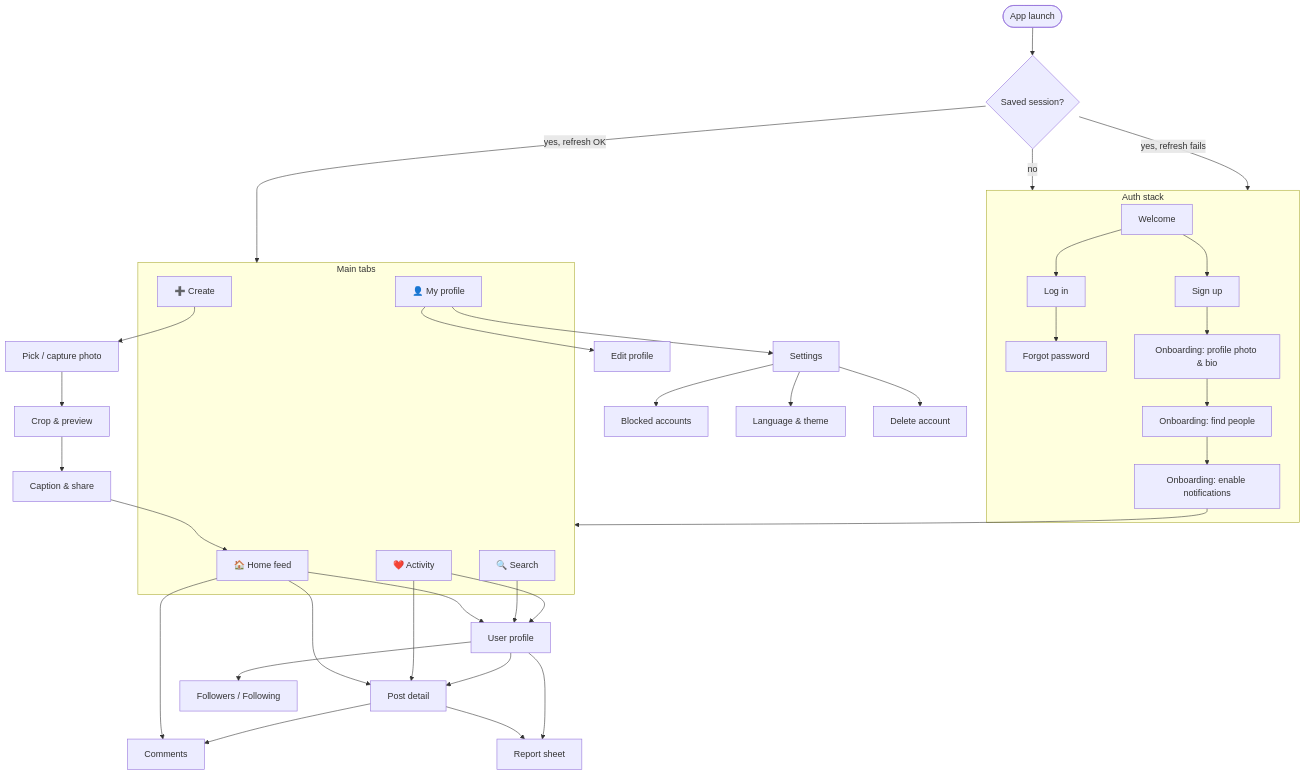
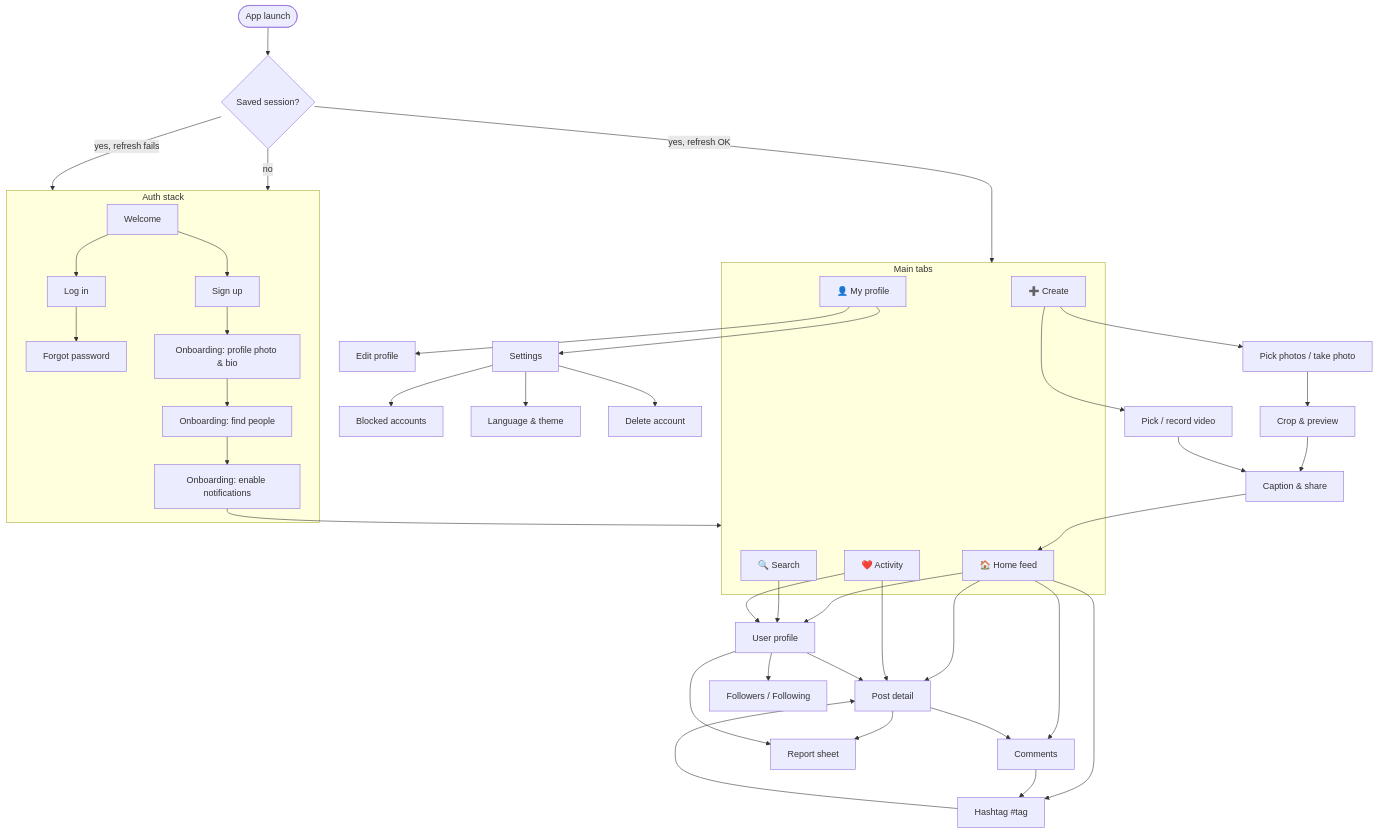
The first of 3 diagrams in docs/03-app-flow-document.md (baraka-machumu/jamii-air), drawn with Mermaid before and after one commit. The commit also changed other lines of this file and 12 other files, not shown here.

````diff
--- a/docs/03-app-flow-document.md
+++ b/docs/03-app-flow-document.md
@@ -31,43 +31,47 @@
 ```mermaid
 flowchart TB
     LAUNCH([App launch]) --> SPLASH{Saved session?}
     SPLASH -- no --> AUTH
     SPLASH -- yes, refresh OK --> MAIN
     SPLASH -- yes, refresh fails --> AUTH
 
     subgraph AUTH[Auth stack]
         WEL[Welcome] --> REG[Sign up]
         WEL --> LOG[Log in]
         LOG --> FORGOT[Forgot password]
         REG --> ONB1[Onboarding: profile photo & bio]
         ONB1 --> ONB2[Onboarding: find people]
         ONB2 --> ONB3[Onboarding: enable notifications]
     end
     ONB3 --> MAIN
 
     subgraph MAIN[Main tabs]
         T1[🏠 Home feed]
         T2[🔍 Search]
         T3[➕ Create]
         T4[❤️ Activity]
         T5[👤 My profile]
     end
 
     T1 --> PD[Post detail]
     T1 --> CM[Comments]
     T1 --> UP[User profile]
     T2 --> UP
     T4 --> PD
     T4 --> UP
     UP --> PD
     UP --> FL[Followers / Following]
     T5 --> EP[Edit profile]
     T5 --> SET[Settings]
     SET --> BL[Blocked accounts]
     SET --> LANG[Language & theme]
     SET --> DEL[Delete account]
     PD --> CM
     PD --> RPT[Report sheet]
     UP --> RPT
-    T3 --> PICK[Pick / capture photo] --> PREV[Crop & preview] --> CAP[Caption & share] --> T1
+    T1 --> TAG[Hashtag #tag]
+    CM --> TAG
+    TAG --> PD
+    T3 --> PICK[Pick photos / take photo] --> PREV[Crop & preview] --> CAP[Caption & share] --> T1
+    T3 --> VID[Pick / record video] --> CAP
 ```
````
